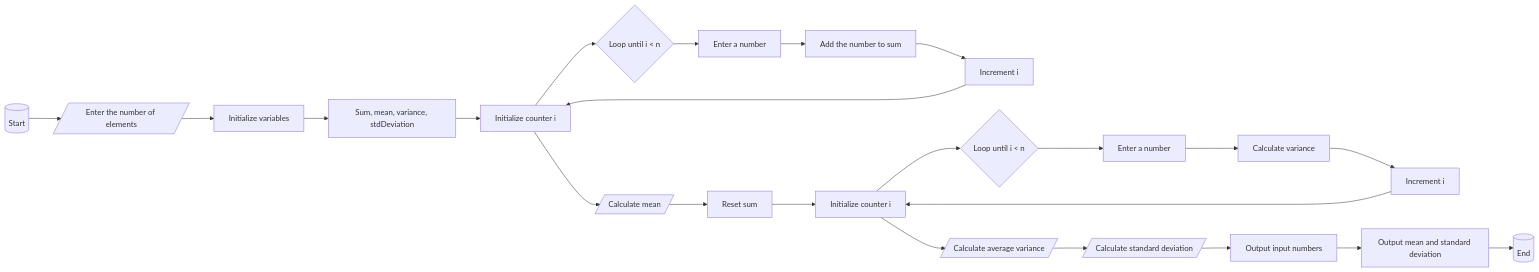
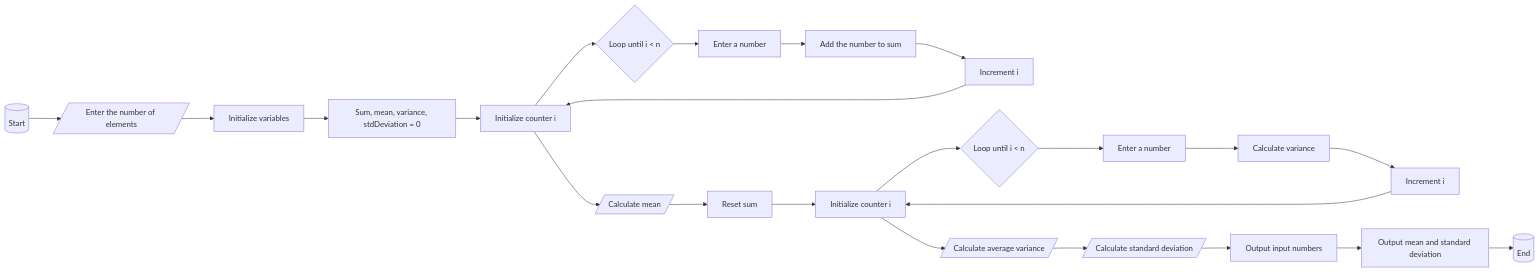
Before and after one commit to Robelermiyas/mermain-practicies: the diagram in readme.md, drawn with Mermaid.

````diff
--- a/readme.md
+++ b/readme.md
@@ -1,34 +1,34 @@
 ```mermaid
 
 graph LR
 A[(Start)] --> B[/Enter the number of elements/]
 B --> C[Initialize variables]
-C --> D[Sum, mean, variance, stdDeviation]
+C --> D[Sum, mean, variance, stdDeviation = 0]
 D --> E[Initialize counter i]
 E --> F{Loop until i < n}
 F --> G[Enter a number]
 G --> H[Add the number to sum]
 H --> I[Increment i]
 I --> E
 E --> J[/Calculate mean/]
 J --> K[Reset sum]
 K --> L[Initialize counter i]
 L --> M{Loop until i < n}
 M --> N[Enter a number]
 N --> O[Calculate variance]
 O --> P[Increment i]
 P --> L
 L --> Q[/Calculate average variance/]
 Q --> R[/Calculate standard deviation/]
 R --> S[Output input numbers]
 S --> T[Output mean and standard deviation]
 T --> U[(End)]
 
 
 
 
 
 
 
 
 ``` 
````
